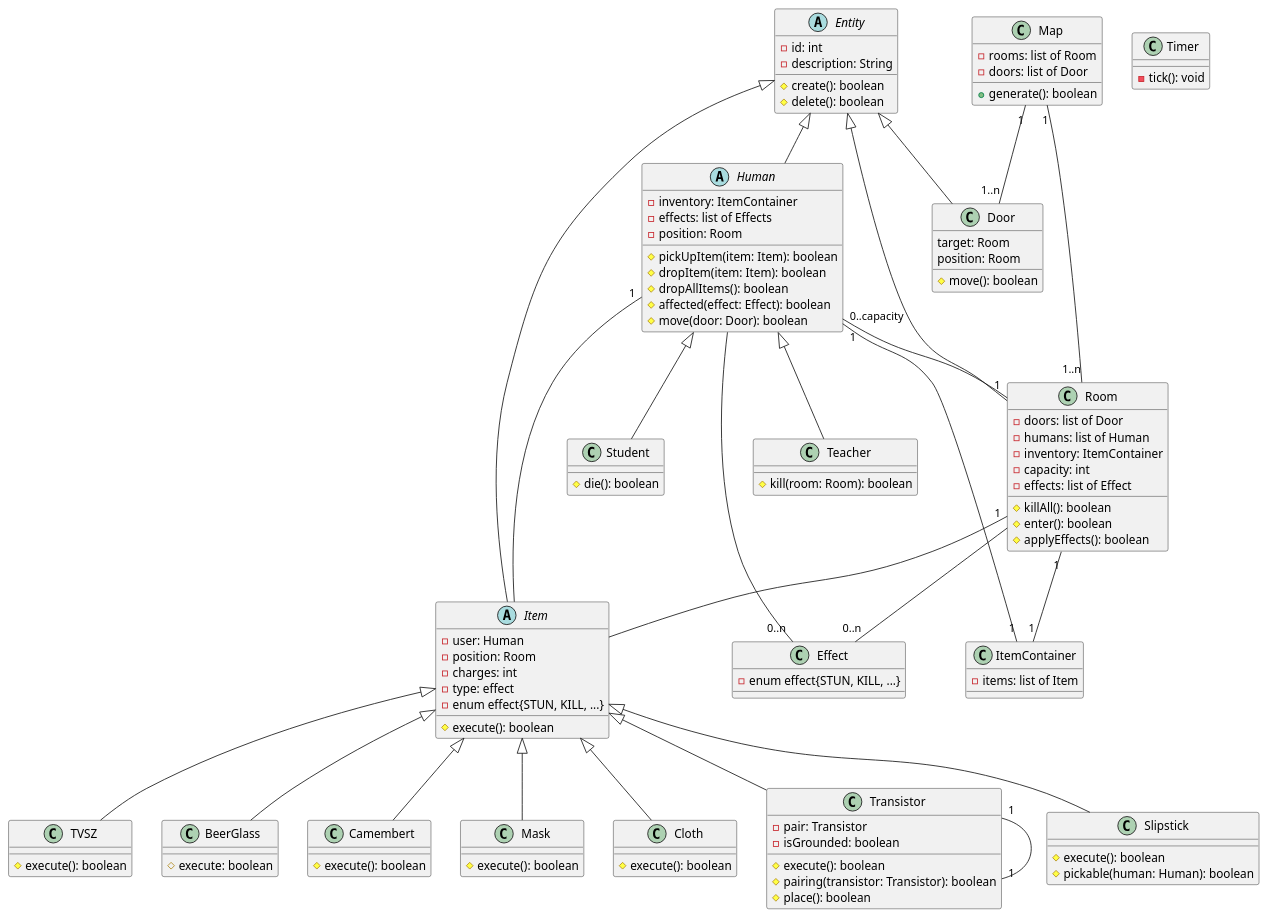
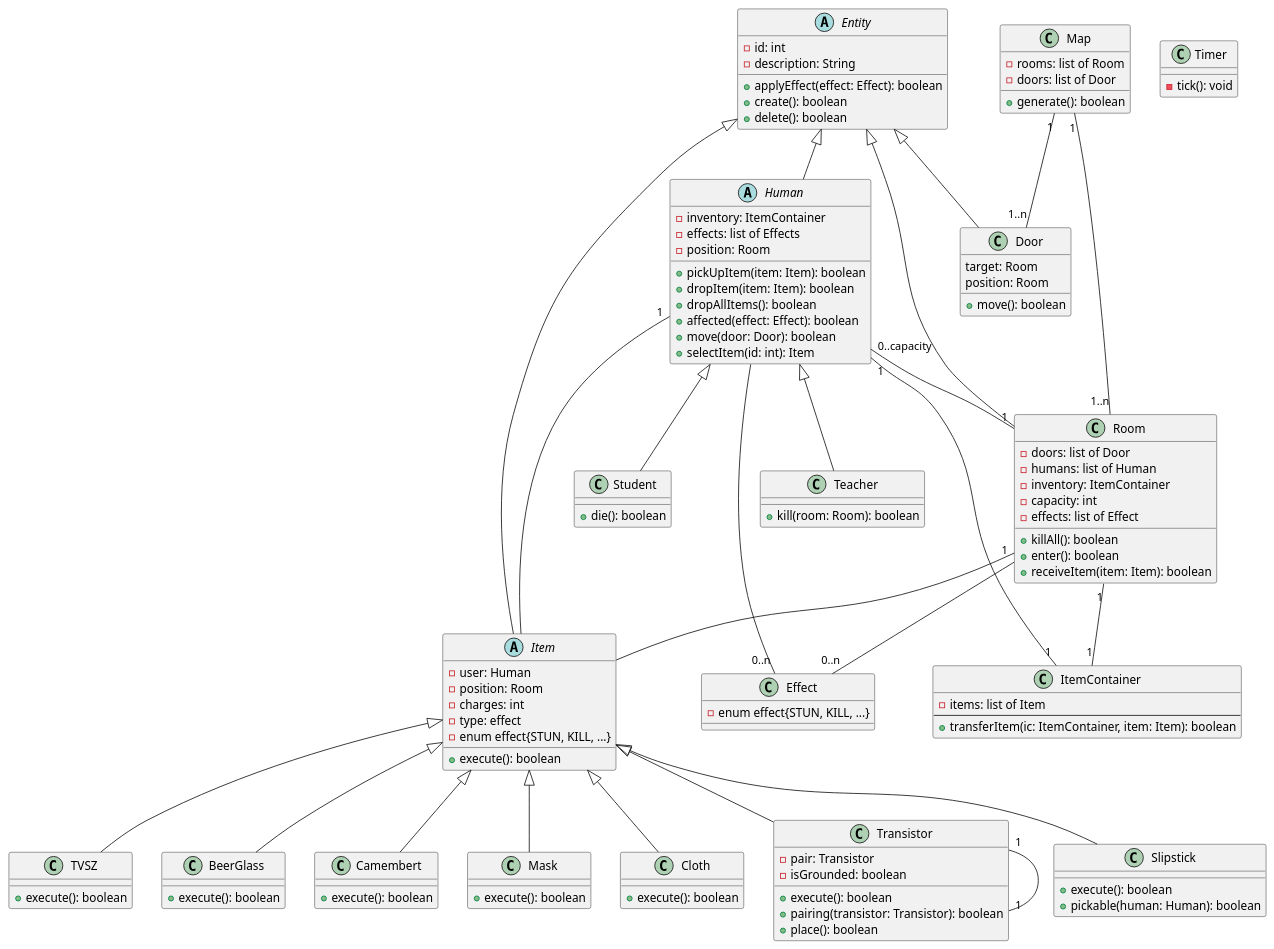
The diagram in resources/not_really_usecase/class_diagram.puml (MysticMazeEducators/.github), drawn with PlantUML before and after one commit. The commit also changed 16 other files, not shown here.

Commit message:
Class diagram changes

```diff
--- a/resources/not_really_usecase/class_diagram.puml
+++ b/resources/not_really_usecase/class_diagram.puml
@@ -1,130 +1,134 @@
 @startuml class_diagram
 
 abstract class Entity{
   -id: int
   -description: String
   __
-  #create(): boolean
-  #delete(): boolean
+  +applyEffect(effect: Effect): boolean
+  +create(): boolean
+  +delete(): boolean
 }
 abstract class Human{
   -inventory: ItemContainer
   -effects: list of Effects
   -position: Room
   __
-  #pickUpItem(item: Item): boolean
-  #dropItem(item: Item): boolean
-  #dropAllItems(): boolean
-  #affected(effect: Effect): boolean
-  #move(door: Door): boolean
+  +pickUpItem(item: Item): boolean
+  +dropItem(item: Item): boolean
+  +dropAllItems(): boolean
+  +affected(effect: Effect): boolean
+  +move(door: Door): boolean
+  +selectItem(id: int): Item
 }
 class Student{
   __
-  #die(): boolean
+  +die(): boolean
 }
 class Teacher{
   __
-  #kill(room: Room): boolean
+  +kill(room: Room): boolean
 }
 abstract class Item{
   -user: Human
   -position: Room
   -charges: int
   -type: effect
   -enum effect{STUN, KILL, ...}
   __
-  #execute(): boolean
+  +execute(): boolean
 }
 class TVSZ{
   __
-  #execute(): boolean
+  +execute(): boolean
 }
 class BeerGlass{
   __
-  #execute: boolean
+  +execute(): boolean
 }
 class Camembert{
   __
-  #execute(): boolean
+  +execute(): boolean
 }
 class Mask{
   __
-  #execute(): boolean
+  +execute(): boolean
 }
 class Cloth{
   __
-  #execute(): boolean
+  +execute(): boolean
 }
 class Transistor{
   -pair: Transistor
   -isGrounded: boolean
   __
-  #execute(): boolean
-  #pairing(transistor: Transistor): boolean
-  #place(): boolean
+  +execute(): boolean
+  +pairing(transistor: Transistor): boolean
+  +place(): boolean
 }
 class Slipstick{
   __
-  #execute(): boolean
-  #pickable(human: Human): boolean
+  +execute(): boolean
+  +pickable(human: Human): boolean
 }
 class Room{
   -doors: list of Door
   -humans: list of Human
   -inventory: ItemContainer
   -capacity: int
   -effects: list of Effect
   __
-  #killAll(): boolean
-  #enter(): boolean
-  #applyEffects(): boolean
+  +killAll(): boolean
+  +enter(): boolean
+  +receiveItem(item: Item): boolean
 }
 class Door{
   target: Room
   position: Room
   __
-  #move(): boolean
+  +move(): boolean
 }
 class ItemContainer{
   -items: list of Item
+  --
+  +transferItem(ic: ItemContainer, item: Item): boolean
 }
 class Map{
   -rooms: list of Room
   -doors: list of Door
   __
   +generate(): boolean
 }
 class Timer{
   __
   -tick(): void
 }
 class Effect{
   -enum effect{STUN, KILL, ...}
 }
 
 Entity <|-- Item
 Entity <|-- Human
 Entity <|-- Door
 Entity <|-- Room
 Item <|-- Mask
 Item <|-- Cloth
 Item <|--BeerGlass
 Item <|-- TVSZ
 Item <|-- Camembert
 Item <|-- Transistor
 Item <|-- Slipstick
 Human <|-- Teacher
 Human <|-- Student
 
 Map "1" -- "1..n" Room
 Map "1"-- "1..n" Door
 Human "1" -- Item
 Room "1" -- Item
 Human "0..capacity" -- "1" Room
 Human "1" -- "1" ItemContainer
 Room "1" -- "1" ItemContainer
 Transistor "1" -- "1" Transistor
 Human -- "0..n" Effect
 Room -- "0..n" Effect
 
 @enduml
```
